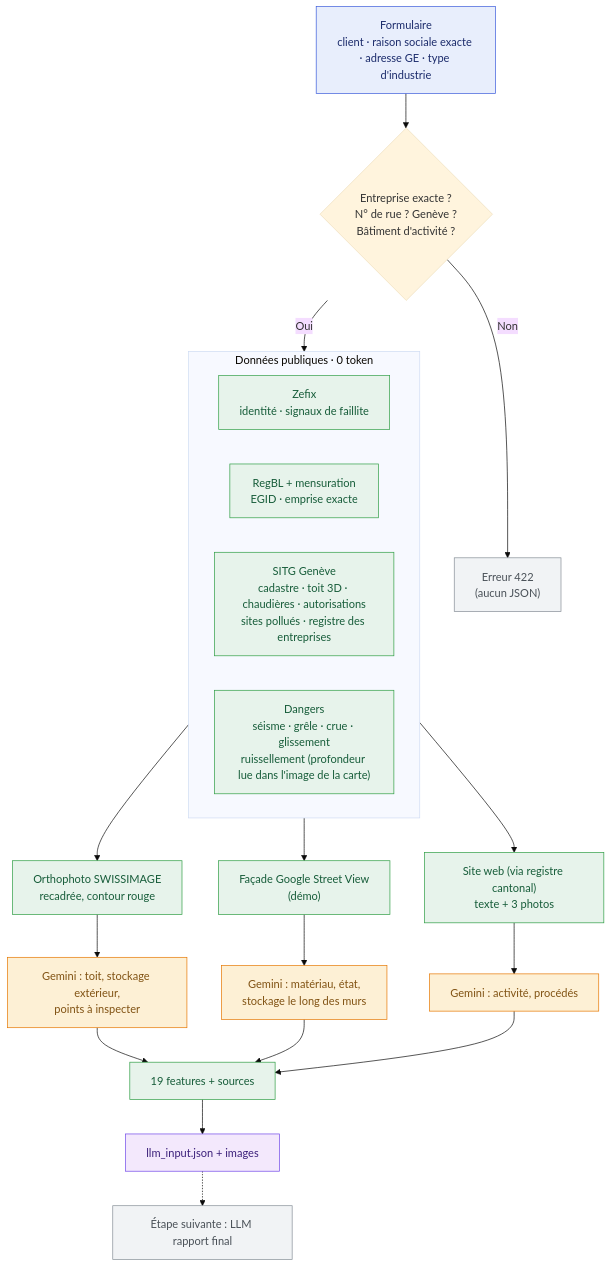
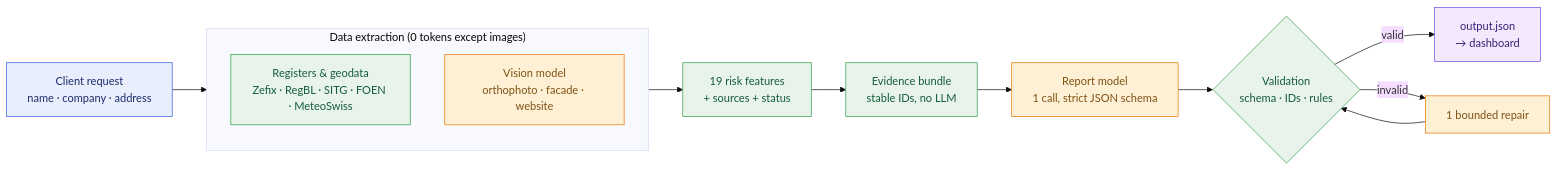
One commit to Ylanv/LauzHack changed the diagram in README.md. Above: the diagram before and after it, drawn with Mermaid (base theme). The commit also changed other lines of this file and 14 other files, not shown here.

````diff
--- a/README.md
+++ b/README.md
@@ -44,25 +32,16 @@
 ```mermaid
-flowchart TD
-    IN["Formulaire<br/>client · raison sociale exacte · adresse GE · type d'industrie"]:::input
-    IN --> CHK{"Entreprise exacte ?<br/>N° de rue ? Genève ?<br/>Bâtiment d'activité ?"}
-    CHK -- Non --> ERR["Erreur 422<br/>(aucun JSON)"]:::stop
-    CHK -- Oui --> A
-
-    subgraph A["Données publiques · 0 token"]
-      Z["Zefix<br/>identité · signaux de faillite"]:::py
-      R["RegBL + mensuration<br/>EGID · emprise exacte"]:::py
-      S["SITG Genève<br/>cadastre · toit 3D · chaudières · autorisations<br/>sites pollués · registre des entreprises"]:::py
-      H["Dangers<br/>séisme · grêle · crue · glissement<br/>ruissellement (profondeur lue dans l'image de la carte)"]:::py
+flowchart LR
+    IN["Client request<br/>name · company · address"]:::input --> ETL
+    subgraph ETL["Data extraction (0 tokens except images)"]
+      REG["Registers & geodata<br/>Zefix · RegBL · SITG · FOEN · MeteoSwiss"]:::py
+      VLM["Vision model<br/>orthophoto · facade · website"]:::llm
     end
-    A --> IMG["Orthophoto SWISSIMAGE<br/>recadrée, contour rouge"]:::py --> VIS["Gemini : toit, stockage extérieur,<br/>points à inspecter"]:::llm
-    A --> SV["Façade Google Street View<br/>(démo)"]:::py --> FAC["Gemini : matériau, état,<br/>stockage le long des murs"]:::llm
-    A --> WEB["Site web (via registre cantonal)<br/>texte + 3 photos"]:::py --> EXT["Gemini : activité, procédés"]:::llm
-    VIS & FAC & EXT --> F["19 features + sources"]:::py --> OUT["llm_input.json + images"]:::output
-    OUT -.-> NEXT["Étape suivante : LLM rapport final"]:::stop
-
+    ETL --> FEAT["19 risk features<br/>+ sources + status"]:::py --> BUNDLE["Evidence bundle<br/>stable IDs, no LLM"]:::py
+    BUNDLE --> LLM["Report model<br/>1 call, strict JSON schema"]:::llm --> VAL{"Validation<br/>schema · IDs · rules"}:::py
+    VAL -- valid --> OUT["output.json<br/>→ dashboard"]:::output
+    VAL -- invalid --> REP["1 bounded repair"]:::llm --> VAL
     classDef input fill:#e8eefc,stroke:#3b5bdb,color:#1b2b6b
     classDef py fill:#e7f3eb,stroke:#2f9e44,color:#165c39
     classDef llm fill:#fdf0d5,stroke:#e67700,color:#805213
-    classDef stop fill:#f1f3f5,stroke:#868e96,color:#495057
     classDef output fill:#f3e8fc,stroke:#7048e8,color:#3b1f7a
 ```
````
